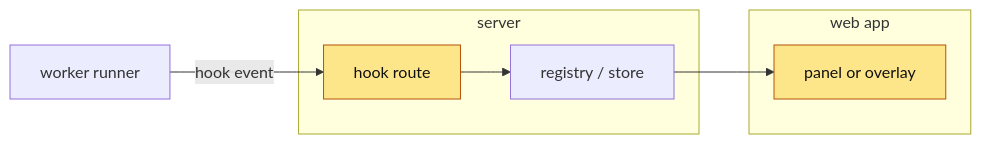
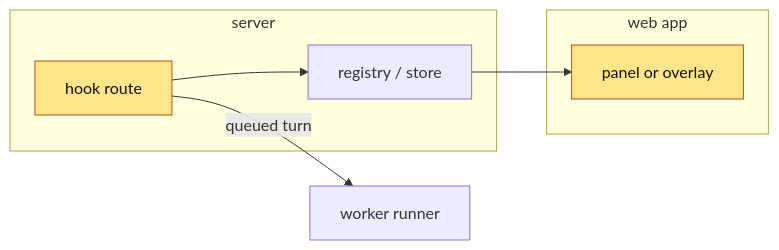
One commit to AgentSystemLabs/box-yard changed the diagram in .claude/skills/pr-description/templates/03-category-table.md. Above: the diagram before and after it, drawn with Mermaid. The commit also changed other lines of this file and 10 other files, not shown here.

````diff
--- a/.claude/skills/pr-description/templates/03-category-table.md
+++ b/.claude/skills/pr-description/templates/03-category-table.md
@@ -44,13 +44,14 @@
 ```mermaid
 flowchart LR
-  subgraph web app["web app"]
+  subgraph web["web app"]
     P["panel or overlay"]
   end
   subgraph server["server"]
     R["registry / store"]
     H["hook route"]
   end
-  A["worker runner"] -->|"hook event"| H --> R --> P
+  H --> R --> P
+  H -->|"queued turn"| A["worker runner"]
   classDef changed fill:#fde68a,stroke:#b45309,color:#111
   class P,H changed
 ```
````
